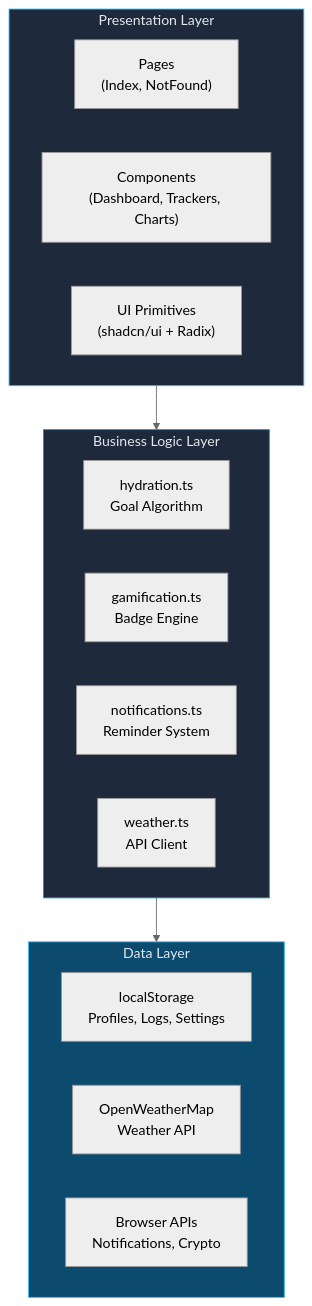
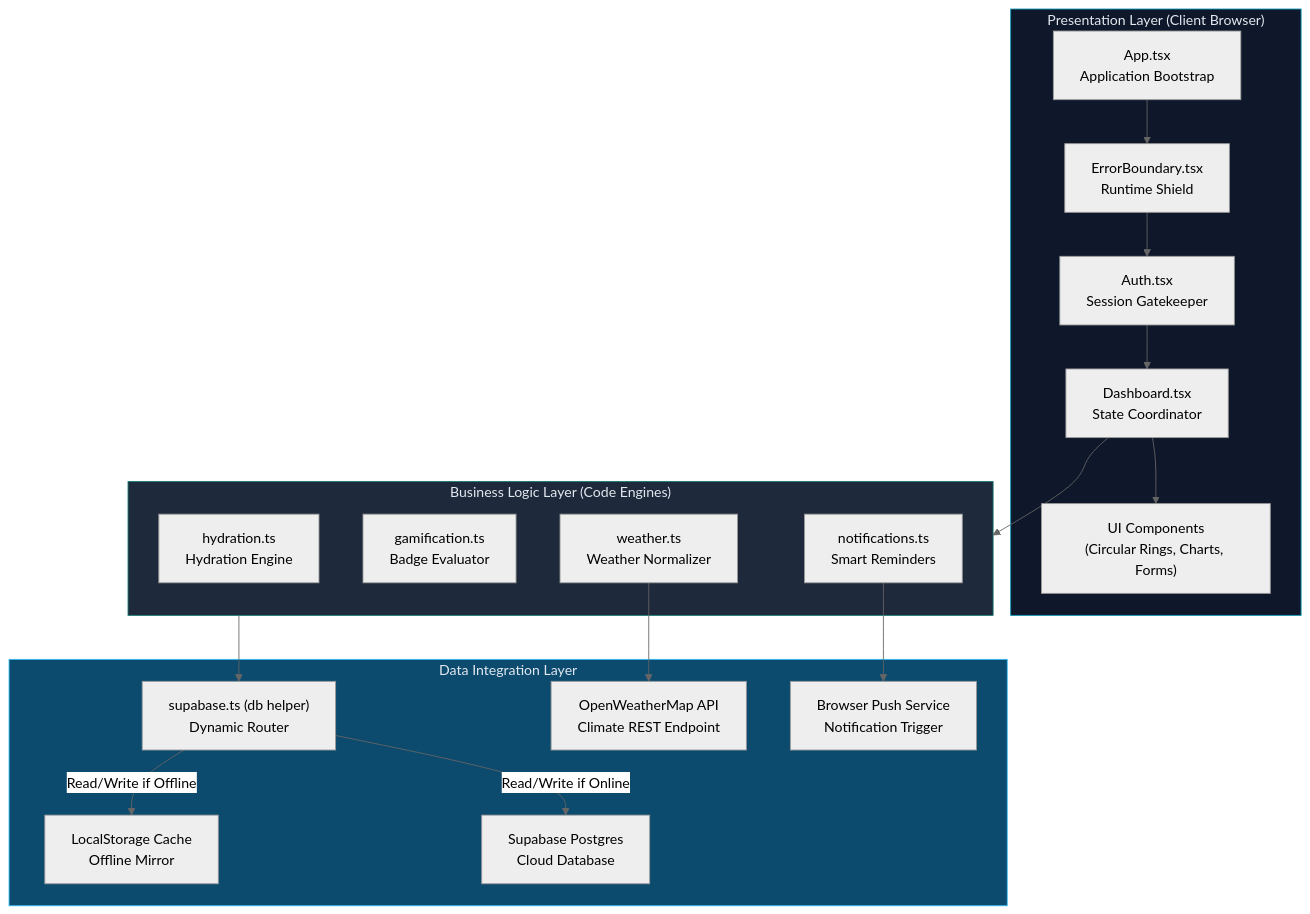
One commit to ramalokeshreddyp/hydrosmart-ai changed the first of 4 diagrams in architecture.md. Above: the diagram before and after it, drawn with Mermaid (neutral theme). The commit also changed other lines of this file and 4 other files, not shown here.

Commit message:
docs: finalize production cleanup, refactoring, and update system documentation for Supabase integration

````diff
--- a/architecture.md
+++ b/architecture.md
@@ -59,31 +38,40 @@
 ```mermaid
 graph TB
-    subgraph Presentation["Presentation Layer"]
-        direction LR
-        Pages["Pages<br/>(Index, NotFound)"]
-        Components["Components<br/>(Dashboard, Trackers, Charts)"]
-        UI["UI Primitives<br/>(shadcn/ui + Radix)"]
+    subgraph Presentation_Layer["Presentation Layer (Client Browser)"]
+        App["App.tsx<br/>Application Bootstrap"]
+        EB["ErrorBoundary.tsx<br/>Runtime Shield"]
+        AuthGate["Auth.tsx<br/>Session Gatekeeper"]
+        Dash["Dashboard.tsx<br/>State Coordinator"]
+        UI["UI Components<br/>(Circular Rings, Charts, Forms)"]
     end
 
-    subgraph Business["Business Logic Layer"]
-        direction LR
-        Hydration["hydration.ts<br/>Goal Algorithm"]
-        Gamification["gamification.ts<br/>Badge Engine"]
-        Notifications["notifications.ts<br/>Reminder System"]
-        Weather["weather.ts<br/>API Client"]
+    subgraph Business_Layer["Business Logic Layer (Code Engines)"]
+        GoalEng["hydration.ts<br/>Hydration Engine"]
+        BadgeEng["gamification.ts<br/>Badge Evaluator"]
+        RemindEng["notifications.ts<br/>Smart Reminders"]
+        WeatherCl["weather.ts<br/>Weather Normalizer"]
     end
 
-    subgraph Data["Data Layer"]
-        direction LR
-        LS["localStorage<br/>Profiles, Logs, Settings"]
-        API["OpenWeatherMap<br/>Weather API"]
-        BrowserAPI["Browser APIs<br/>Notifications, Crypto"]
+    subgraph Data_Layer["Data Integration Layer"]
+        DBClient["supabase.ts (db helper)<br/>Dynamic Router"]
+        LS["LocalStorage Cache<br/>Offline Mirror"]
+        SupabaseDB["Supabase Postgres<br/>Cloud Database"]
+        WeatherAPI["OpenWeatherMap API<br/>Climate REST Endpoint"]
+        PushAPI["Browser Push Service<br/>Notification Trigger"]
     end
 
-    Presentation --> Business
-    Business --> Data
-
-    style Presentation fill:#1e293b,stroke:#38bdf8,color:#e2e8f0
-    style Business fill:#1e293b,stroke:#0891b2,color:#e2e8f0
-    style Data fill:#0c4a6e,stroke:#38bdf8,color:#e2e8f0
+    App --> EB
+    EB --> AuthGate
+    AuthGate --> Dash
+    Dash --> UI
+    Dash --> Business_Layer
+    Business_Layer --> DBClient
+    DBClient -->|Read/Write if Online| SupabaseDB
+    DBClient -->|Read/Write if Offline| LS
+    WeatherCl --> WeatherAPI
+    RemindEng --> PushAPI
+    
+    style Presentation_Layer fill:#0f172a,stroke:#0891b2,color:#e2e8f0
+    style Business_Layer fill:#1e293b,stroke:#0f766e,color:#e2e8f0
+    style Data_Layer fill:#0c4a6e,stroke:#38bdf8,color:#e2e8f0
 ```
````
